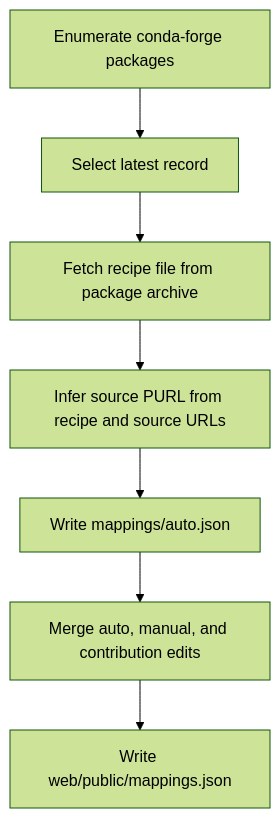
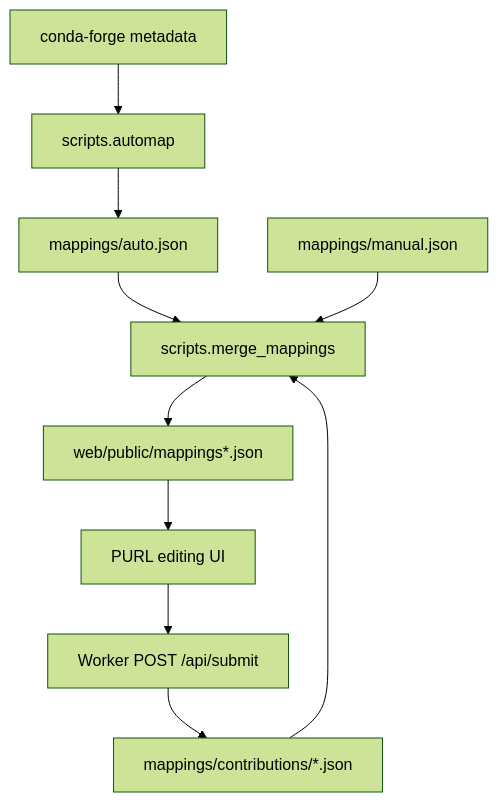
One commit to prefix-dev/purl-associator changed the first of 2 diagrams in README.md. Above: the diagram before and after it, drawn with Mermaid (forest theme). The commit also changed other lines of this file and 3202 other files, not shown here.

````diff
--- a/README.md
+++ b/README.md
@@ -61,9 +57,12 @@
 ```mermaid
 flowchart TD
-  A[Enumerate conda-forge packages] --> B[Select latest record]
-  B --> C[Fetch recipe file from package archive]
-  C --> D[Infer source PURL from recipe and source URLs]
-  D --> E[Write mappings/auto.json]
-  E --> F[Merge auto, manual, and contribution edits]
-  F --> G[Write web/public/mappings.json]
+  A[conda-forge metadata] --> B[scripts.automap]
+  B --> C[mappings/auto.json]
+  C --> D[scripts.merge_mappings]
+  E[mappings/manual.json] --> D
+  F[mappings/contributions/*.json] --> D
+  D --> G[web/public/mappings*.json]
+  G --> H[PURL editing UI]
+  H --> I[Worker POST /api/submit]
+  I --> F
 ```
````
